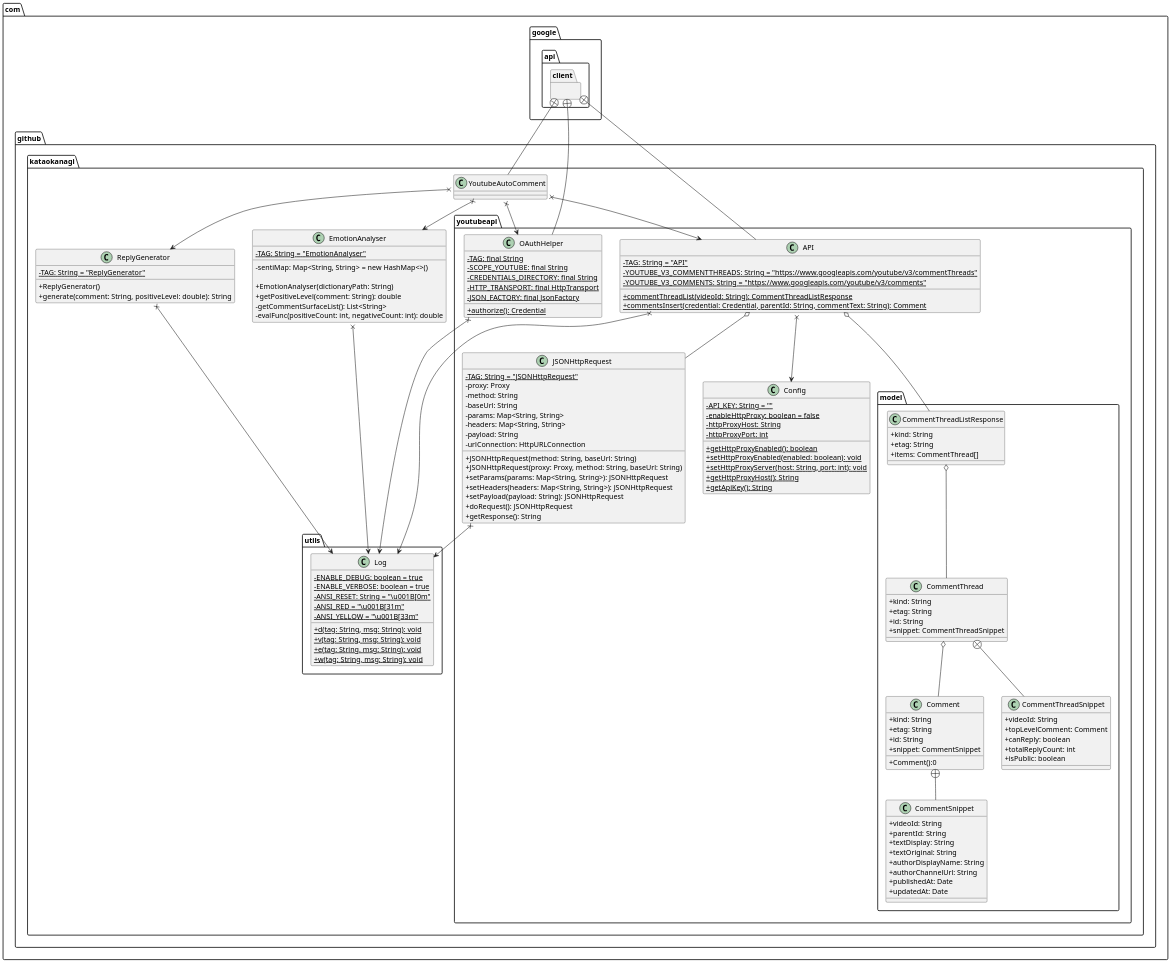
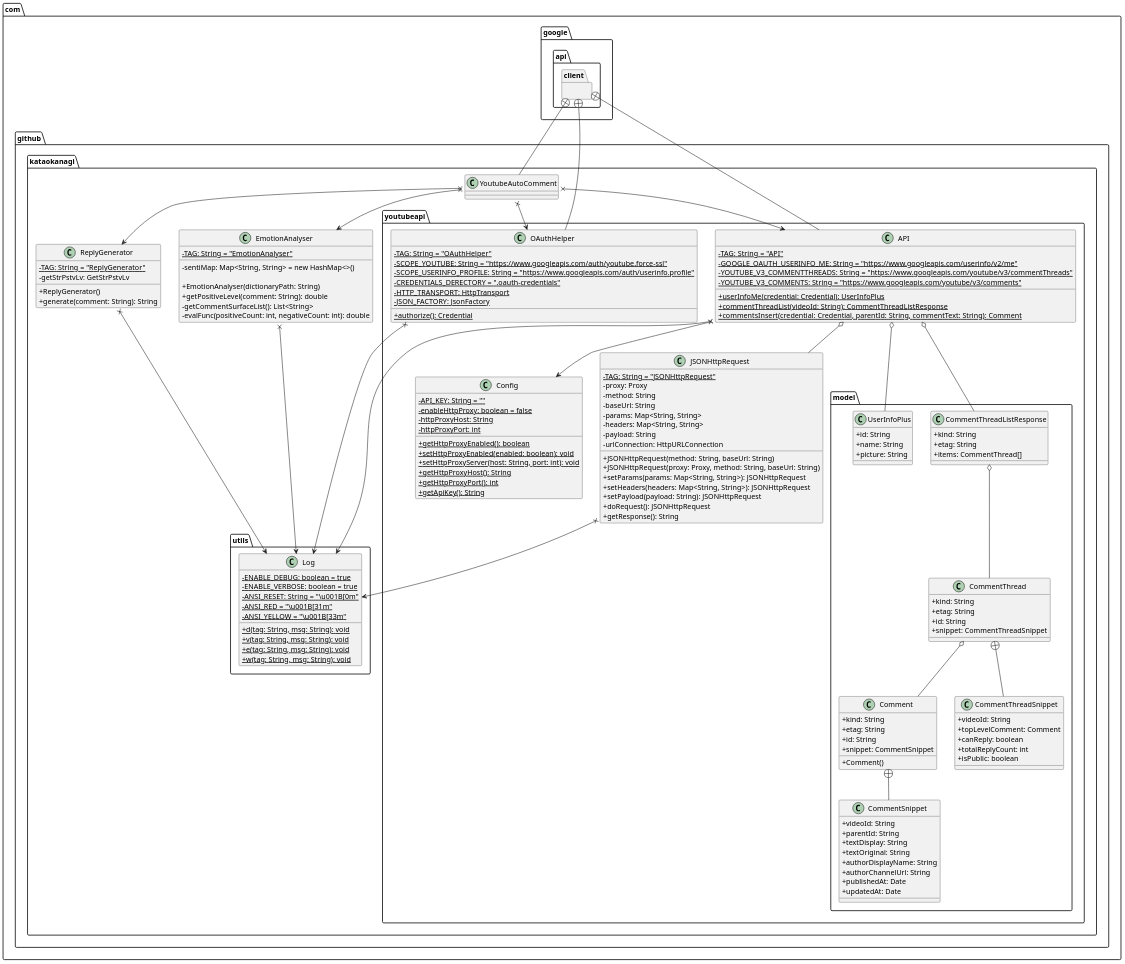
Before and after one commit to KataokaNagi/YoutubeAutoComment: the diagram in uml/YoutubeAutoComment_ClassDiagram.pu, drawn with PlantUML. The commit also changed other lines of this file, not shown here.

Commit message:
クラス図の修正

```diff
--- a/uml/YoutubeAutoComment_ClassDiagram.pu
+++ b/uml/YoutubeAutoComment_ClassDiagram.pu
@@ -11,185 +11,196 @@
 @startuml out/ClassDiagram.png
 scale 1.5
 skinparam DefaultFontName メイリオ
 ' 可視性の変更
 skinparam classAttributeIconSize 0
 
 ' class def
 ' @see https://qiita.com/KeithYokoma/items/ee21fec6a3ebb5d1e9a8
-
 
 package com.github.kataokanagi {
   package com.github.kataokanagi.utils {
   }
   package com.github.kataokanagi.youtubeapi {
     package com.github.kataokanagi.youtubeapi.model {
     }
   }
 }
 
 package com.google.api.client {
 }
 
 package com.github.kataokanagi.utils {
     class Log {
         - {static} ENABLE_DEBUG: boolean = true
         - {static} ENABLE_VERBOSE: boolean = true
         - {static} ANSI_RESET: String = "\u001B[0m"
         - {static} ANSI_RED = "\u001B[31m"
         - {static} ANSI_YELLOW = "\u001B[33m"
 
         + {static} d(tag: String, msg: String): void
         + {static} v(tag: String, msg: String): void
         + {static} e(tag: String, msg: String): void
         + {static} w(tag: String, msg: String): void
     }
 }
 
 package com.github.kataokanagi.youtubeapi.model {
     class Comment {
         + kind: String
         + etag: String
         + id: String
         + snippet: CommentSnippet
 
-        + Comment():0
+        + Comment()
     }
 
     class CommentSnippet {
         + videoId: String
         + parentId: String
         + textDisplay: String
         + textOriginal: String
         + authorDisplayName: String
         + authorChannelUrl: String
         + publishedAt: Date
         + updatedAt: Date
     }
 
     Comment +-- CommentSnippet
 
     class CommentThread {
         + kind: String
         + etag: String
         + id: String
         + snippet: CommentThreadSnippet
     }
 
     class CommentThreadSnippet {
         + videoId: String
         + topLevelComment: Comment
         + canReply: boolean
         + totalReplyCount: int
         + isPublic: boolean
     }
 
     CommentThread +-- CommentThreadSnippet
 
     class CommentThreadListResponse {
         + kind: String
         + etag: String
         + items: CommentThread[]
     }
 
     CommentThreadListResponse o-- CommentThread
     CommentThread o-- Comment
+
+    class UserInfoPlus {
+        + id: String
+        + name: String
+        + picture: String
+    }
 }
 
 package com.github.kataokanagi.youtubeapi {
     class API {
         - {static} TAG: String = "API"
+        - {static} GOOGLE_OAUTH_USERINFO_ME: String = "https://www.googleapis.com/userinfo/v2/me"
         - {static} YOUTUBE_V3_COMMENTTHREADS: String = "https://www.googleapis.com/youtube/v3/commentThreads"
         - {static} YOUTUBE_V3_COMMENTS: String = "https://www.googleapis.com/youtube/v3/comments"
 
+        + {static} userInfoMe(credential: Credential): UserInfoPlus
         + {static} commentThreadList(videoId: String): CommentThreadListResponse
         + {static} commentsInsert(credential: Credential, parentId: String, commentText: String): Comment
         ' + {static} replyComment(videoId: String, comment: String): void ' 仮に追加していたもの（片岡）
     }
 
     class Config {
         - {static} API_KEY: String = ""
         - {static} enableHttpProxy: boolean = false
         - {static} httpProxyHost: String
         - {static} httpProxyPort: int
 
         + {static} getHttpProxyEnabled(): boolean
         + {static} setHttpProxyEnabled(enabled: boolean): void
         + {static} setHttpProxyServer(host: String, port: int): void
         + {static} getHttpProxyHost(): String
+        + {static} getHttpProxyPort(): int
         + {static} getApiKey(): String
     }
 
     class JSONHttpRequest {
         - {static} TAG: String = "JSONHttpRequest"
         - proxy: Proxy
         - method: String
         - baseUrl: String
         - params: Map<String, String>
         - headers: Map<String, String>
         - payload: String
         - urlConnection: HttpURLConnection
 
         + JSONHttpRequest(method: String, baseUrl: String)
         + JSONHttpRequest(proxy: Proxy, method: String, baseUrl: String)
         + setParams(params: Map<String, String>): JSONHttpRequest
         + setHeaders(headers: Map<String, String>): JSONHttpRequest
         + setPayload(payload: String): JSONHttpRequest
         + doRequest(): JSONHttpRequest
         + getResponse(): String
     }
 
   class OAuthHelper {
-    - {static} TAG: final String
-    - {static} SCOPE_YOUTUBE: final String
-    - {static} CREDENTIALS_DIRECTORY: final String
-    - {static} HTTP_TRANSPORT: final HttpTransport
-    - {static} JSON_FACTORY: final JsonFactory
+    - {static} TAG: String = "OAuthHelper"
+    - {static} SCOPE_YOUTUBE: String = "https://www.googleapis.com/auth/youtube.force-ssl"
+    - {static} SCOPE_USERINFO_PROFILE: String = "https://www.googleapis.com/auth/userinfo.profile"
+    - {static} CREDENTIALS_DERECTORY = ".oauth-credentials"
+    - {static} HTTP_TRANSPORT: HttpTransport
+    - {static} JSON_FACTORY: JsonFactory
 
     + {static} authorize(): Credential
   }
 }
 
 package com.github.kataokanagi {
     class YoutubeAutoComment {
     }
 
     class EmotionAnalyser {
         - {static} TAG: String = "EmotionAnalyser"
         - sentiMap: Map<String, String> = new HashMap<>()
 
         + EmotionAnalyser(dictionaryPath: String)
         + getPositiveLevel(comment: String): double
         - getCommentSurfaceList(): List<String>
         - evalFunc(positiveCount: int, negativeCount: int): double
     }
 
     class ReplyGenerator {
         - {static} TAG: String = "ReplyGenerator"
+        - getStrPstvLv: GetStrPstvLv
 
         + ReplyGenerator()
-        + generate(comment: String, positiveLevel: double): String
+        + generate(comment: String): String
     }
 }
 
 
 ' API o-- Log
 EmotionAnalyser x--> Log
 ReplyGenerator x--> Log
 JSONHttpRequest x--> Log
 OAuthHelper x--> Log
 API x--> Log
 
 API o-- CommentThreadListResponse
+API o-- UserInfoPlus
 API o-- JSONHttpRequest
 API x--> Config
 
 YoutubeAutoComment x--> OAuthHelper
 YoutubeAutoComment x--> API
 YoutubeAutoComment x--> EmotionAnalyser
 YoutubeAutoComment x--> ReplyGenerator
 
 com.google.api.client +-- API
 com.google.api.client +-- YoutubeAutoComment
 com.google.api.client +-- OAuthHelper
 
 @enduml
```
